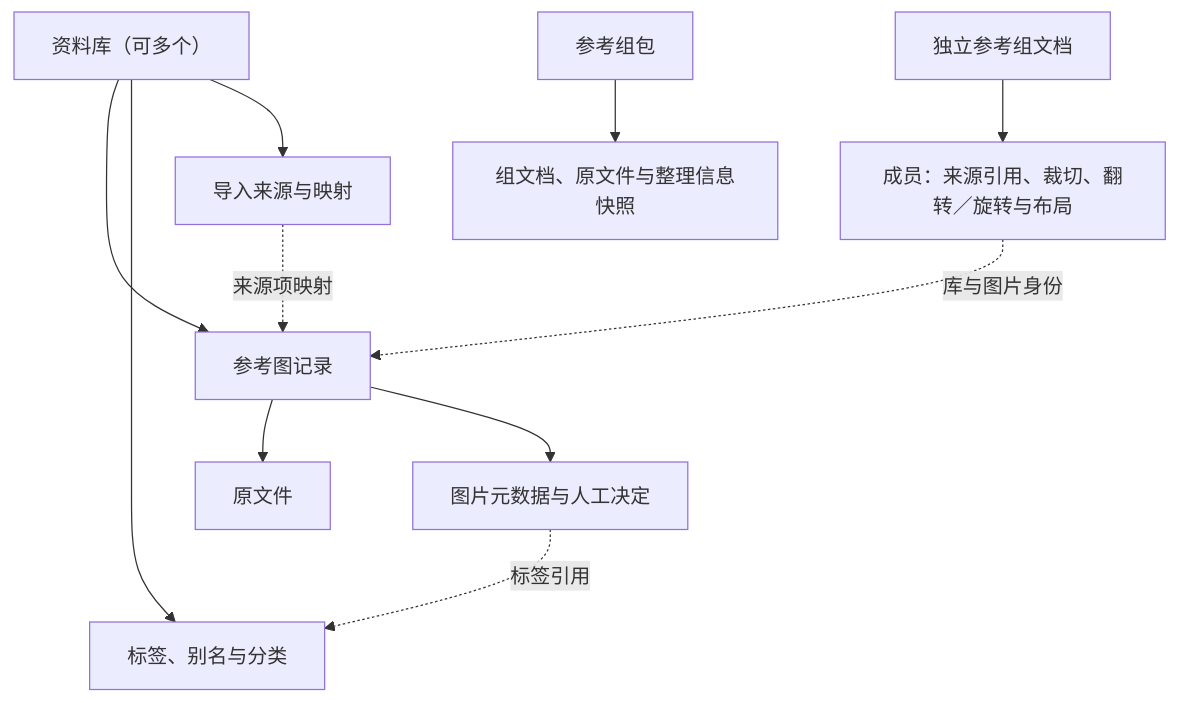
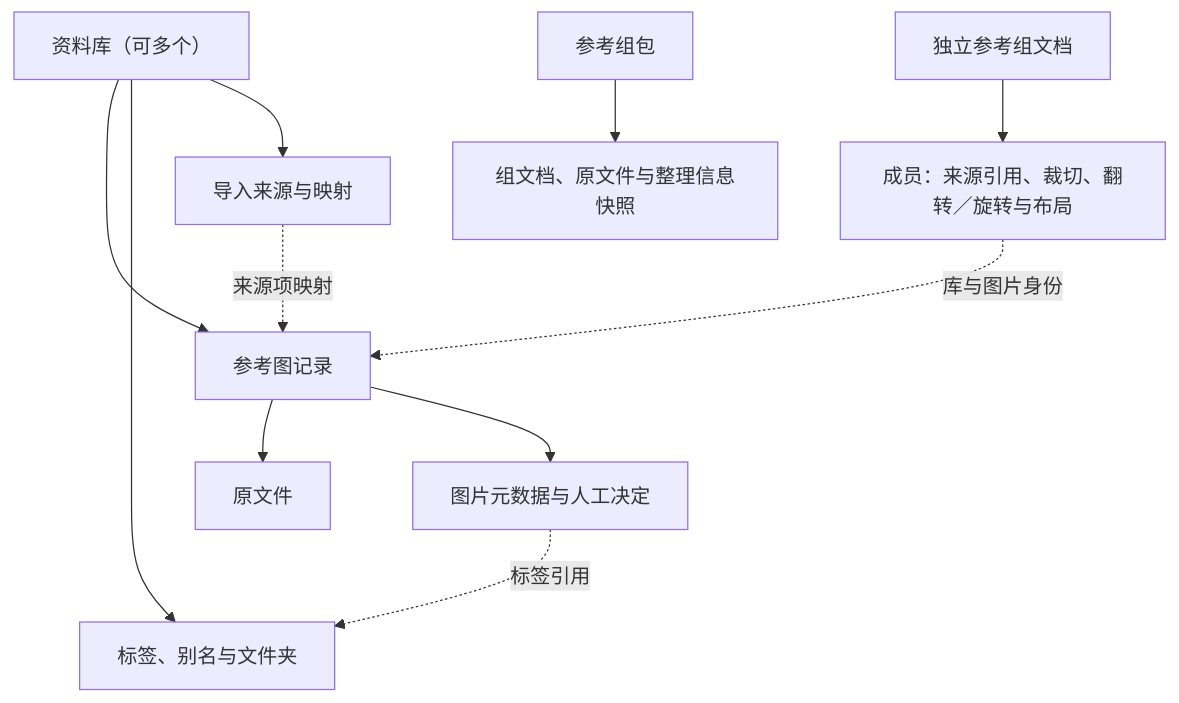
One commit to Yukk1No/kinshoko changed the diagram in docs/discovery/data-hierarchy.md. Above: the diagram before and after it, drawn with Mermaid. The commit also changed other lines of this file and 4 other files, not shown here.

````diff
--- a/docs/discovery/data-hierarchy.md
+++ b/docs/discovery/data-hierarchy.md
@@ -9,13 +9,13 @@
 ```mermaid
 flowchart TB
     L["资料库（可多个）"] --> I["参考图记录"]
-    L --> T["标签、别名与分类"]
+    L --> T["标签、别名与文件夹"]
     L --> S["导入来源与映射"]
     I --> O["原文件"]
     I --> M["图片元数据与人工决定"]
     M -. 标签引用 .-> T
     S -. 来源项映射 .-> I
     G["独立参考组文档"] --> V["成员：来源引用、裁切、翻转／旋转与布局"]
     V -. 库与图片身份 .-> I
     P["参考组包"] --> D["组文档、原文件与整理信息快照"]
 ```
````
